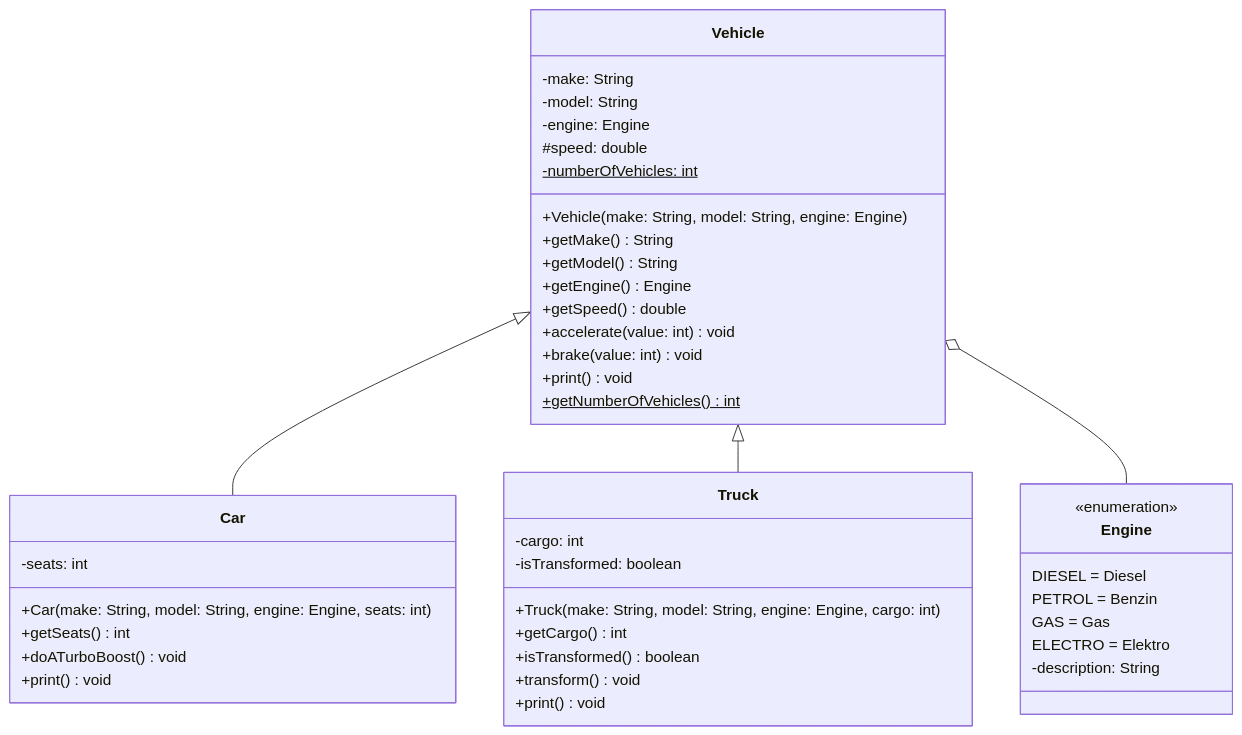
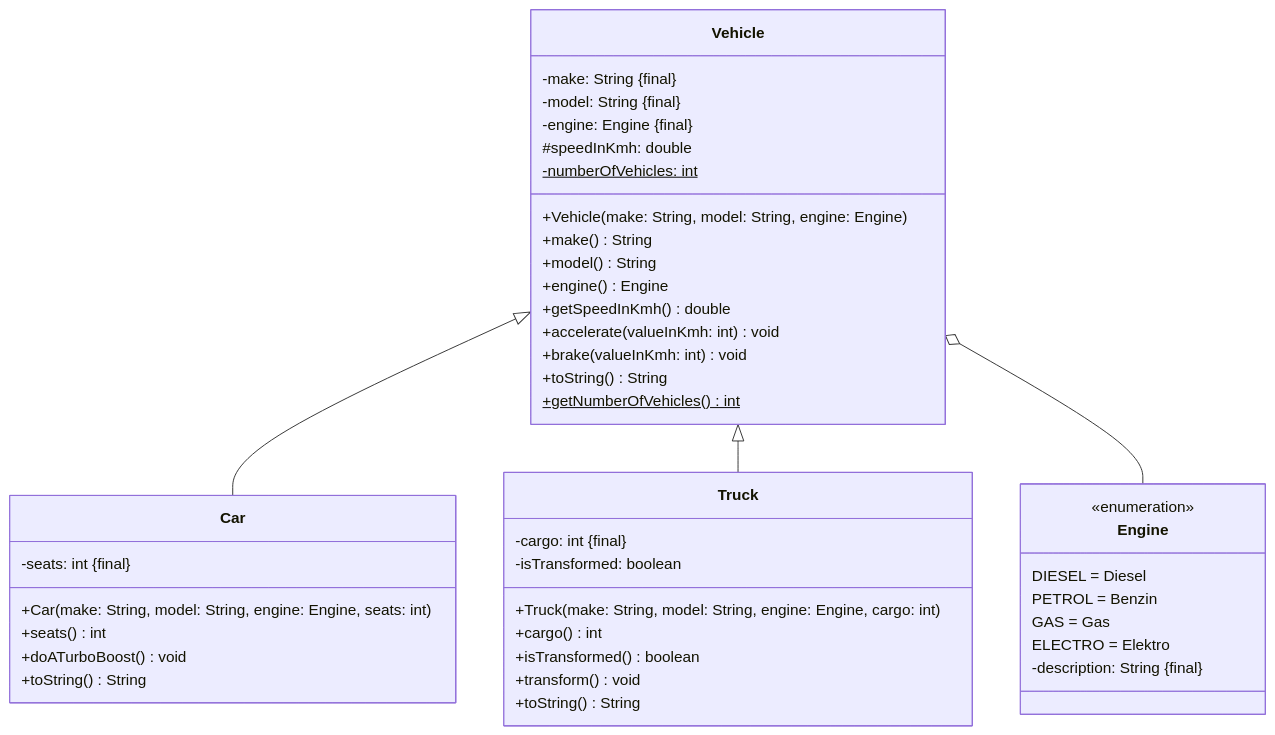
One commit to jappuccini/java-docs changed the diagram in docs/exercises/polymorphy/polymorphy01.mdx. Above: the diagram before and after it, drawn with Mermaid. The commit also changed other lines of this file and 39 other files, not shown here.

````diff
--- a/docs/exercises/polymorphy/polymorphy01.mdx
+++ b/docs/exercises/polymorphy/polymorphy01.mdx
@@ -17,50 +17,50 @@
 ```mermaid
 classDiagram
     Vehicle <|-- Car
     Vehicle <|-- Truck
     Vehicle o-- Engine
 
     class Vehicle {
-        -make: String
-        -model: String
-        -engine: Engine
-        #speed: double
+        -make: String &#123final&#125
+        -model: String &#123final&#125
+        -engine: Engine &#123final&#125
+        #speedInKmh: double
         -numberOfVehicles: int$
         +Vehicle(make: String, model: String, engine: Engine)
-        +getMake() String
-        +getModel() String
-        +getEngine() Engine
-        +getSpeed() double
-        +accelerate(value: int) void
-        +brake(value: int) void
-        +print() void
+        +make() String
+        +model() String
+        +engine() Engine
+        +getSpeedInKmh() double
+        +accelerate(valueInKmh: int) void
+        +brake(valueInKmh: int) void
+        +toString() String
         +getNumberOfVehicles()$ int
     }
 
     class Engine {
         <<enumeration>>
         DIESEL = Diesel
         PETROL = Benzin
         GAS = Gas
         ELECTRO = Elektro
-        -description: String
+        -description: String &#123final&#125
     }
 
     class Car {
-        -seats: int
+        -seats: int &#123final&#125
         +Car(make: String, model: String, engine: Engine, seats: int)
-        +getSeats() int
+        +seats() int
         +doATurboBoost() void
-        +print() void
+        +toString() String
     }
 
     class Truck {
-        -cargo: int
+        -cargo: int &#123final&#125
         -isTransformed: boolean
         +Truck(make: String, model: String, engine: Engine, cargo: int)
-        +getCargo() int
+        +cargo() int
         +isTransformed() boolean
         +transform() void
-        +print() void
+        +toString() String
     }
 ```
````
